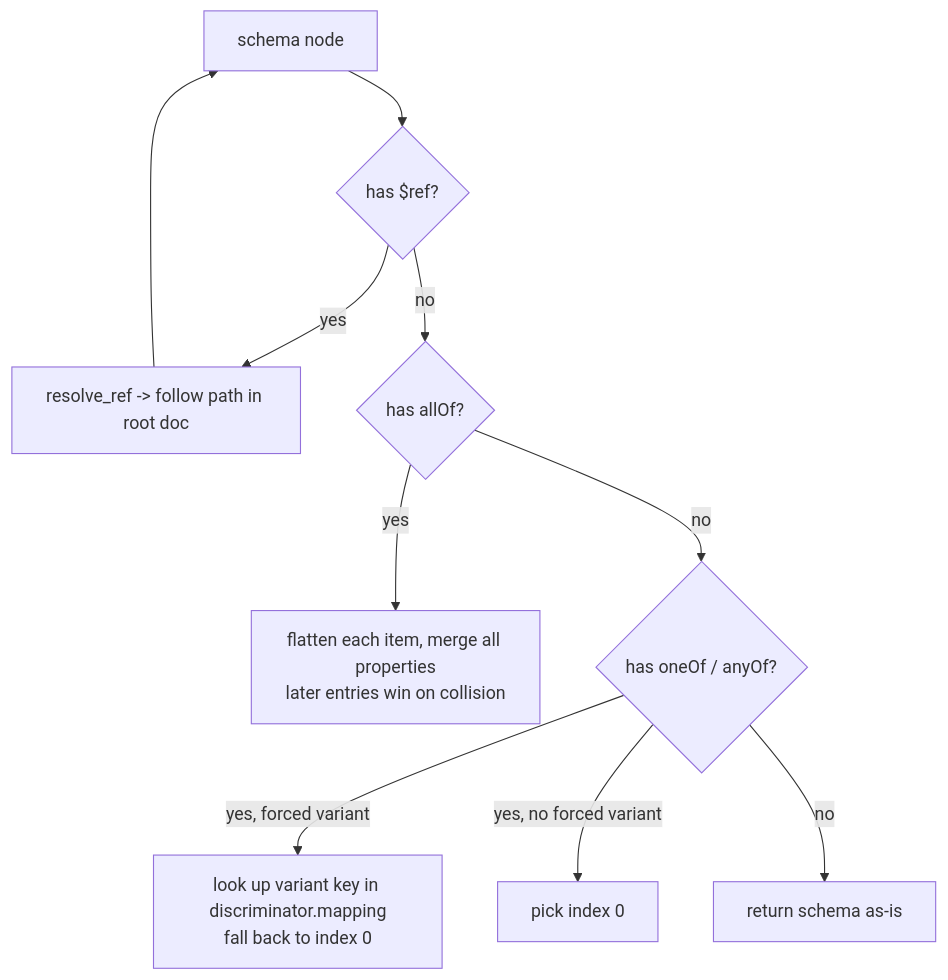
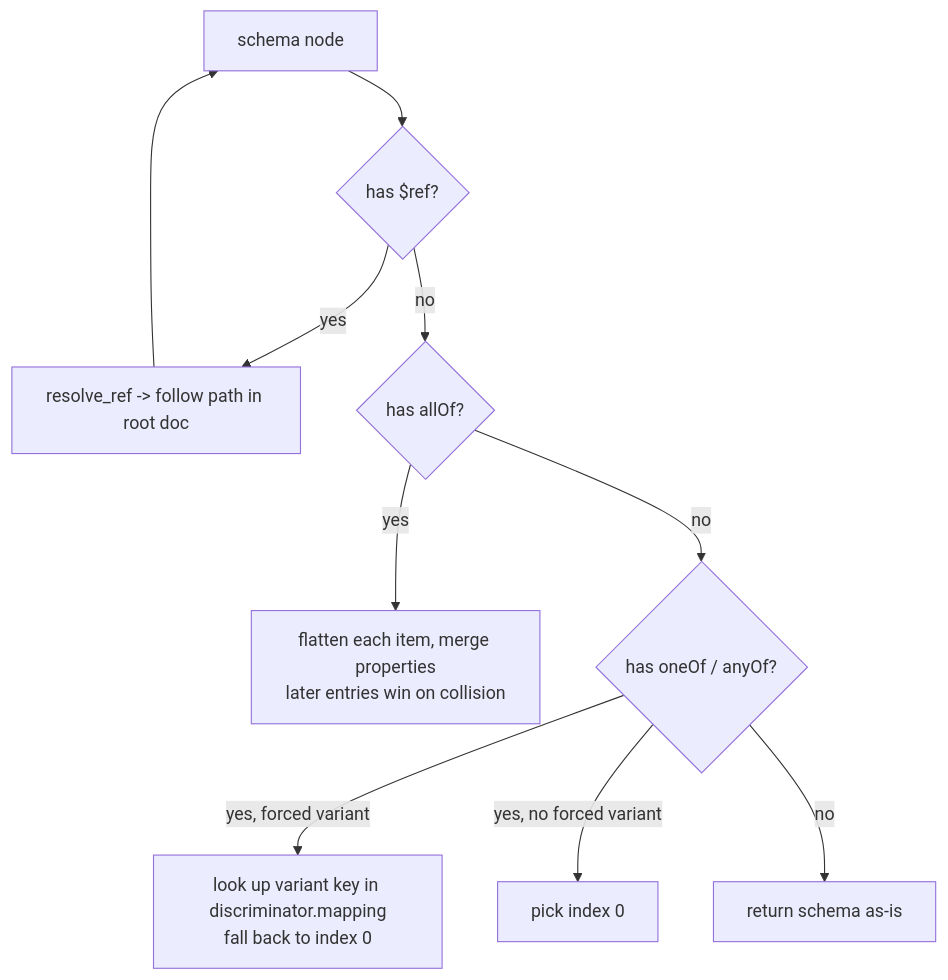
One commit to beavuck/hermit changed the second of 3 diagrams in docs/architecture.md. Above: the diagram before and after it, drawn with Mermaid. The commit also changed other lines of this file and 16 other files, not shown here.

````diff
--- a/docs/architecture.md
+++ b/docs/architecture.md
@@ -69,12 +96,12 @@
 ```mermaid
 flowchart TD
     A[schema node] --> B{has $ref?}
     B -- yes --> C[resolve_ref -> follow path in root doc]
-    C --> A
-    B -- no --> D{has allOf?}
-    D -- yes --> E[flatten each item, merge all properties\nlater entries win on collision]
-    D -- no --> F{has oneOf / anyOf?}
-    F -- yes, forced variant --> G[look up variant key in discriminator.mapping\nfall back to index 0]
-    F -- yes, no forced variant --> H[pick index 0]
-    F -- no --> I[return schema as-is]
+C --> A
+B -- no --> D{has allOf?}
+D -- yes --> E[flatten each item, merge properties\nlater entries win on collision]
+D -- no --> F{has oneOf / anyOf?}
+F -- yes, forced variant --> G[look up variant key in discriminator.mapping\nfall back to index 0]
+F -- yes, no forced variant --> H[pick index 0]
+F -- no --> I[return schema as-is]
 ```
````
